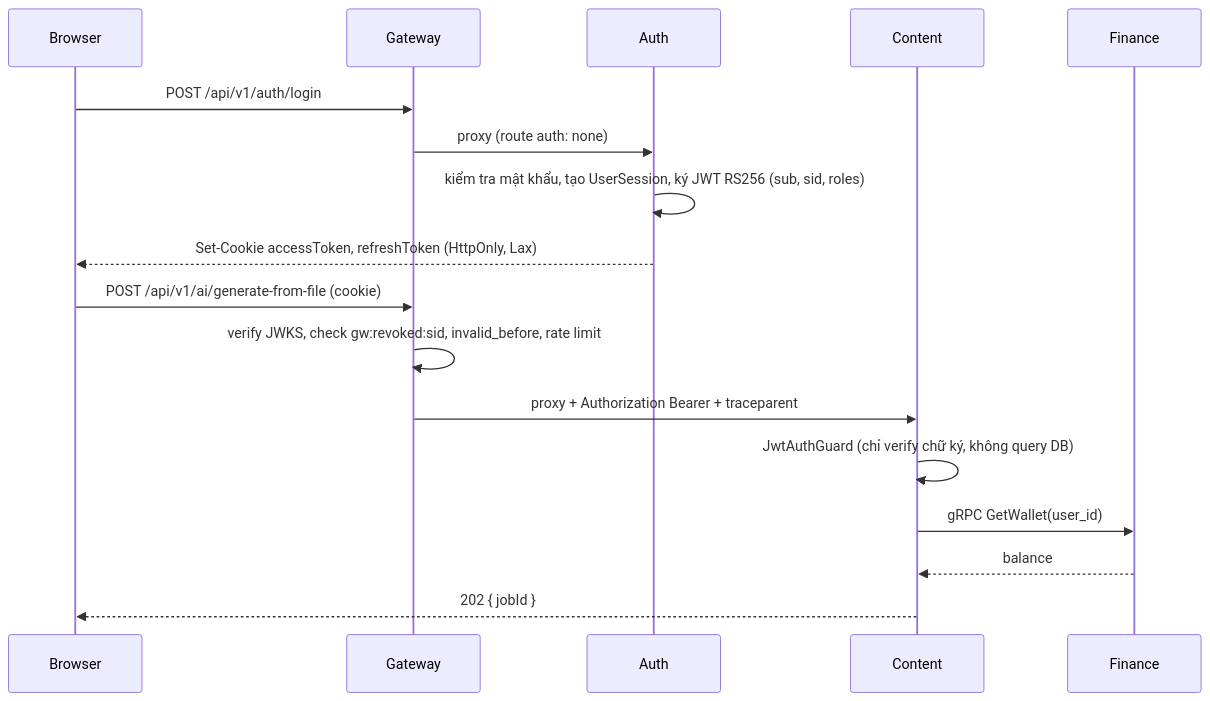
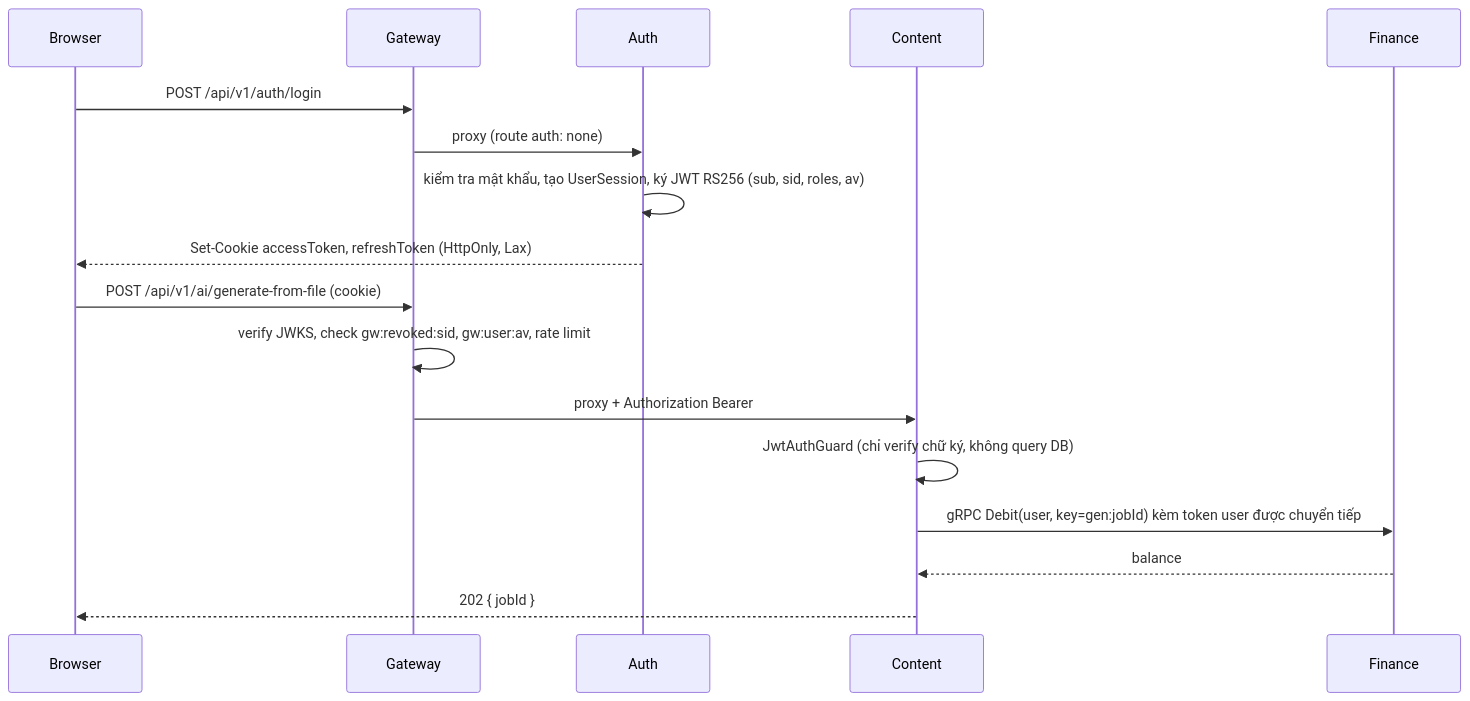
The first of 5 diagrams in ARCHITECTURE.md (tgiap04/examio), drawn with Mermaid before and after one commit. The commit also changed other lines of this file and 26 other files, not shown here.

First line of the commit message:
docs: sync architecture, system and generated docs with the microservice build

````diff
--- a/ARCHITECTURE.md
+++ b/ARCHITECTURE.md
@@ -730,20 +801,20 @@
 ```mermaid
 sequenceDiagram
     participant B as Browser
     participant G as Gateway
     participant A as Auth
     participant C as Content
     participant F as Finance
 
     B->>G: POST /api/v1/auth/login
     G->>A: proxy (route auth: none)
-    A->>A: kiểm tra mật khẩu, tạo UserSession, ký JWT RS256 (sub, sid, roles)
+    A->>A: kiểm tra mật khẩu, tạo UserSession, ký JWT RS256 (sub, sid, roles, av)
     A-->>B: Set-Cookie accessToken, refreshToken (HttpOnly, Lax)
     B->>G: POST /api/v1/ai/generate-from-file (cookie)
-    G->>G: verify JWKS, check gw:revoked:sid, invalid_before, rate limit
-    G->>C: proxy + Authorization Bearer + traceparent
+    G->>G: verify JWKS, check gw:revoked:sid, gw:user:av, rate limit
+    G->>C: proxy + Authorization Bearer
     C->>C: JwtAuthGuard (chỉ verify chữ ký, không query DB)
-    C->>F: gRPC GetWallet(user_id)
+    C->>F: gRPC Debit(user, key=gen:jobId) kèm token user được chuyển tiếp
     F-->>C: balance
     C-->>B: 202 { jobId }
 ```
````
